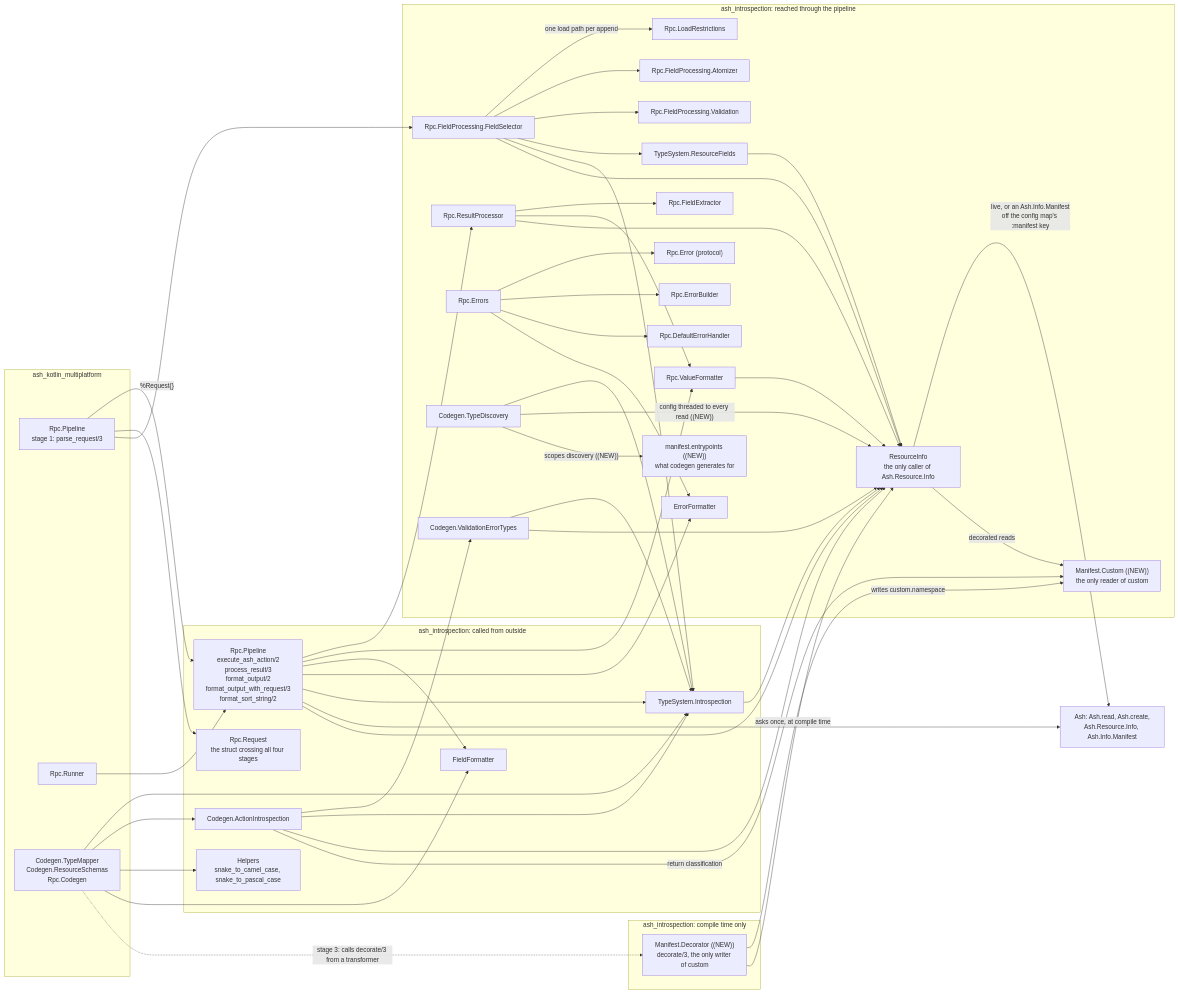
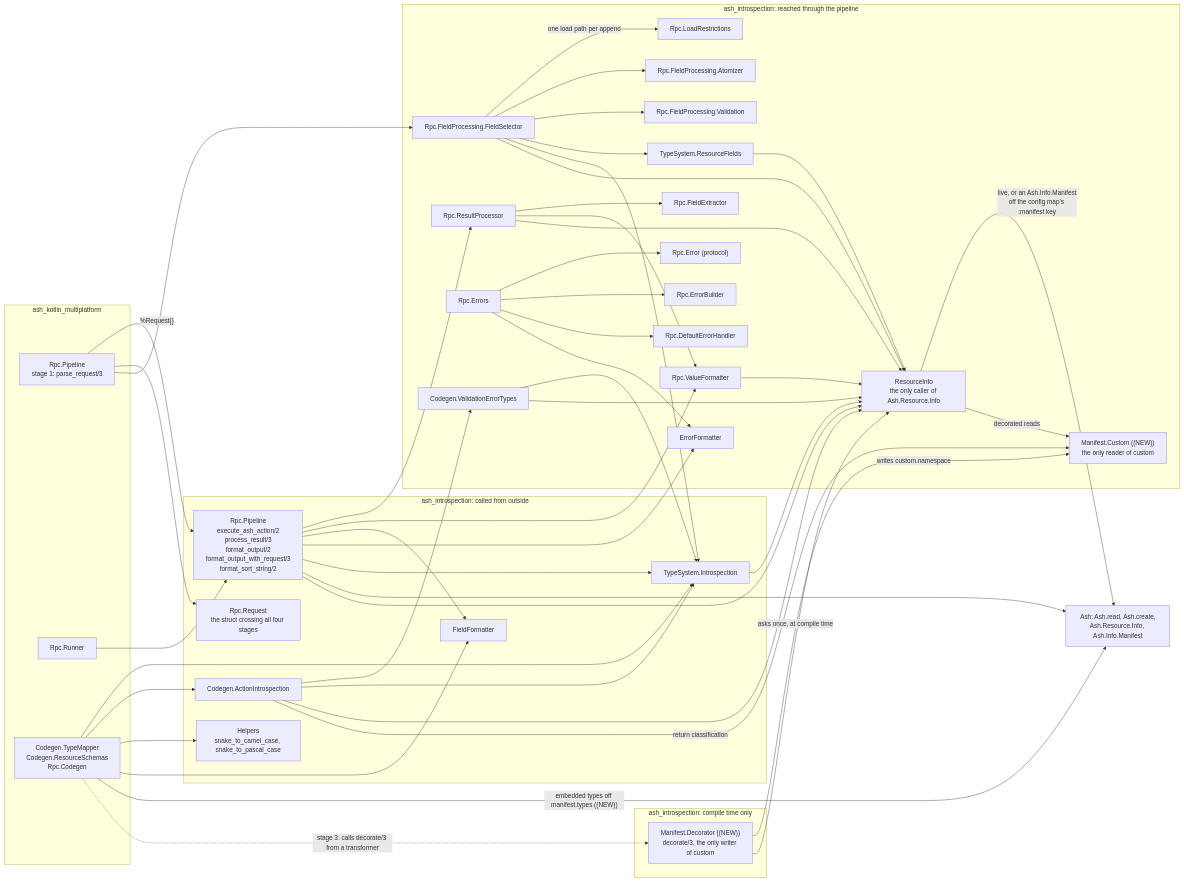
One commit to udin-io/ash_introspection changed the third of 5 diagrams in docs/architecture.md. Above: the diagram before and after it, drawn with Mermaid. The commit also changed other lines of this file and 16 other files, not shown here.

First line of the commit message:
feat!: delete Codegen.TypeDiscovery; codegen reads the manifest only (#23 stage 4b) (#81)

```diff
--- a/docs/architecture.md
+++ b/docs/architecture.md
@@ -122,10 +122,8 @@
         efmt["ErrorFormatter"]
         rinfo["ResourceInfo<br/>the only caller of Ash.Resource.Info"]
         rfields["TypeSystem.ResourceFields"]
-        tdisc["Codegen.TypeDiscovery"]
         vet["Codegen.ValidationErrorTypes"]
         mcustom["Manifest.Custom ((NEW))<br/>the only reader of custom"]
-        tdent["manifest.entrypoints ((NEW))<br/>what codegen generates for"]
     end
 
     subgraph compile["ash_introspection: compile time only"]
@@ -142,6 +140,7 @@
     ccodegen --> actint
     ccodegen --> helpers
     ccodegen --> ff
+    ccodegen -->|"embedded types off manifest.types ((NEW))"| ash
 
     pipeline --> rproc
     pipeline --> vfmt
@@ -160,7 +159,6 @@
     errs --> errb
     errs --> errh
     errs --> efmt
-    tdisc --> tsi
     vet --> tsi
     actint --> vet
     actint --> tsi
@@ -173,8 +171,6 @@
     tsi --> rinfo
     actint --> rinfo
     vet --> rinfo
-    tdisc -->|"config threaded to every read ((NEW))"| rinfo
-    tdisc -->|"scopes discovery ((NEW))"| tdent
     rinfo -->|"live, or an Ash.Info.Manifest<br/>off the config map's :manifest key"| ash
     rinfo -->|"decorated reads"| mcustom
     actint -->|"return classification"| mcustom
```
